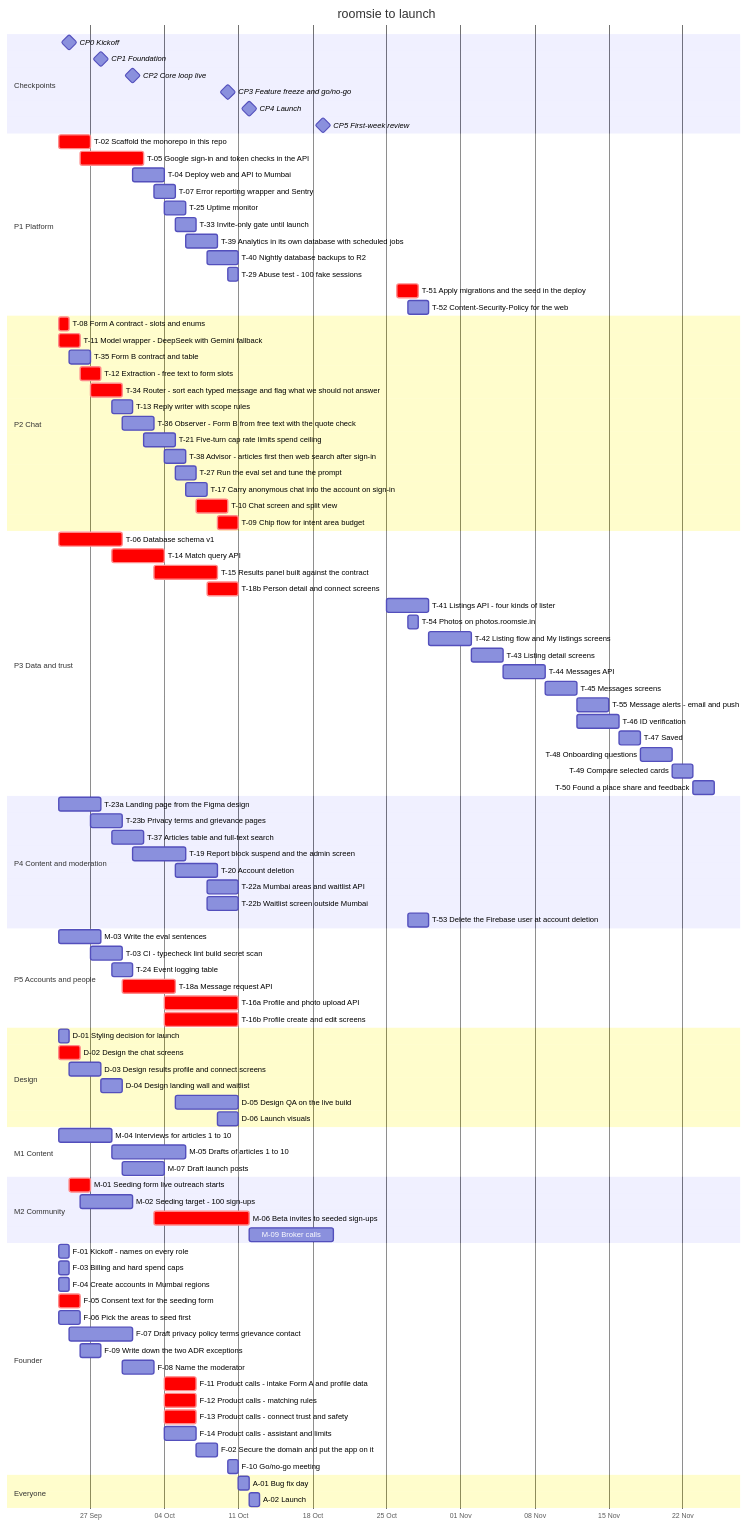
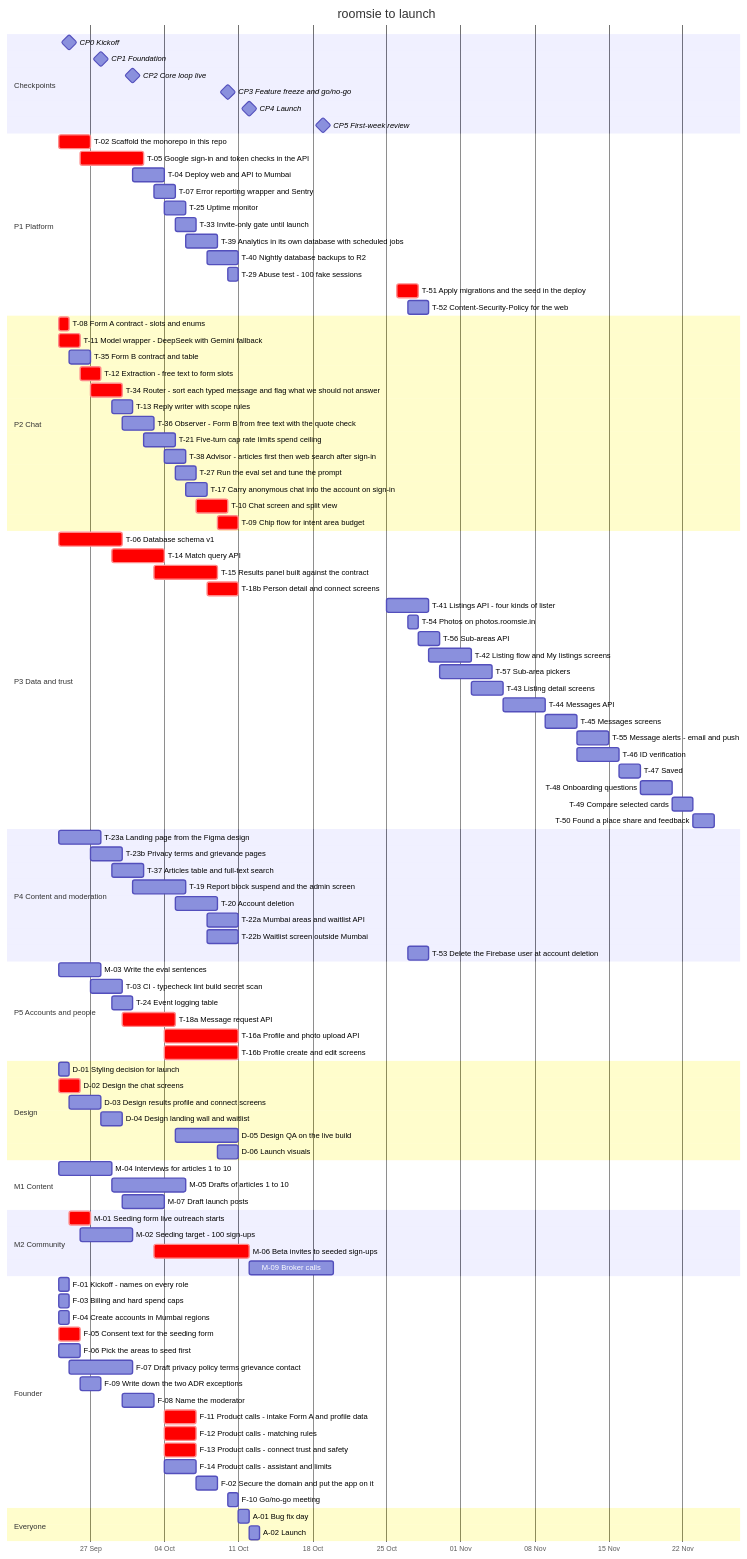
One commit to magentawood/roomsie changed the diagram in docs/team-plan.md. Above: the diagram before and after it, drawn with Mermaid. The commit also changed other lines of this file and 27 other files, not shown here.

Commit message:
Sub-areas: the spec, and T-56 and T-57 in the plan

```diff
--- a/docs/team-plan.md
+++ b/docs/team-plan.md
@@ -357,7 +361,9 @@
     T-18b Person detail and connect screens :crit, t18b, 2026-10-08, 3d
     T-41 Listings API - four kinds of lister :t41, 2026-10-25, 4d
     T-54 Photos on photos.roomsie.in :t54, 2026-10-27, 1d
+    T-56 Sub-areas API :t56, 2026-10-28, 2d
     T-42 Listing flow and My listings screens :t42, 2026-10-29, 4d
+    T-57 Sub-area pickers :t57, 2026-10-30, 5d
     T-43 Listing detail screens :t43, 2026-11-02, 3d
     T-44 Messages API :t44, 2026-11-05, 4d
     T-45 Messages screens :t45, 2026-11-09, 3d
```
